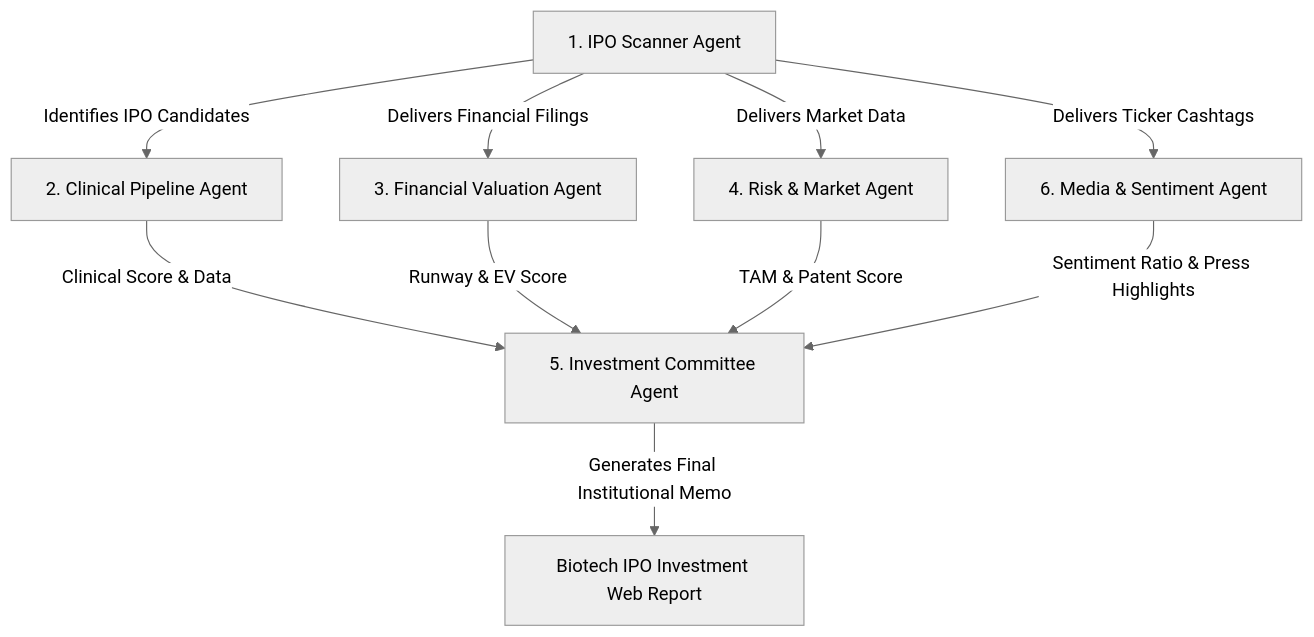
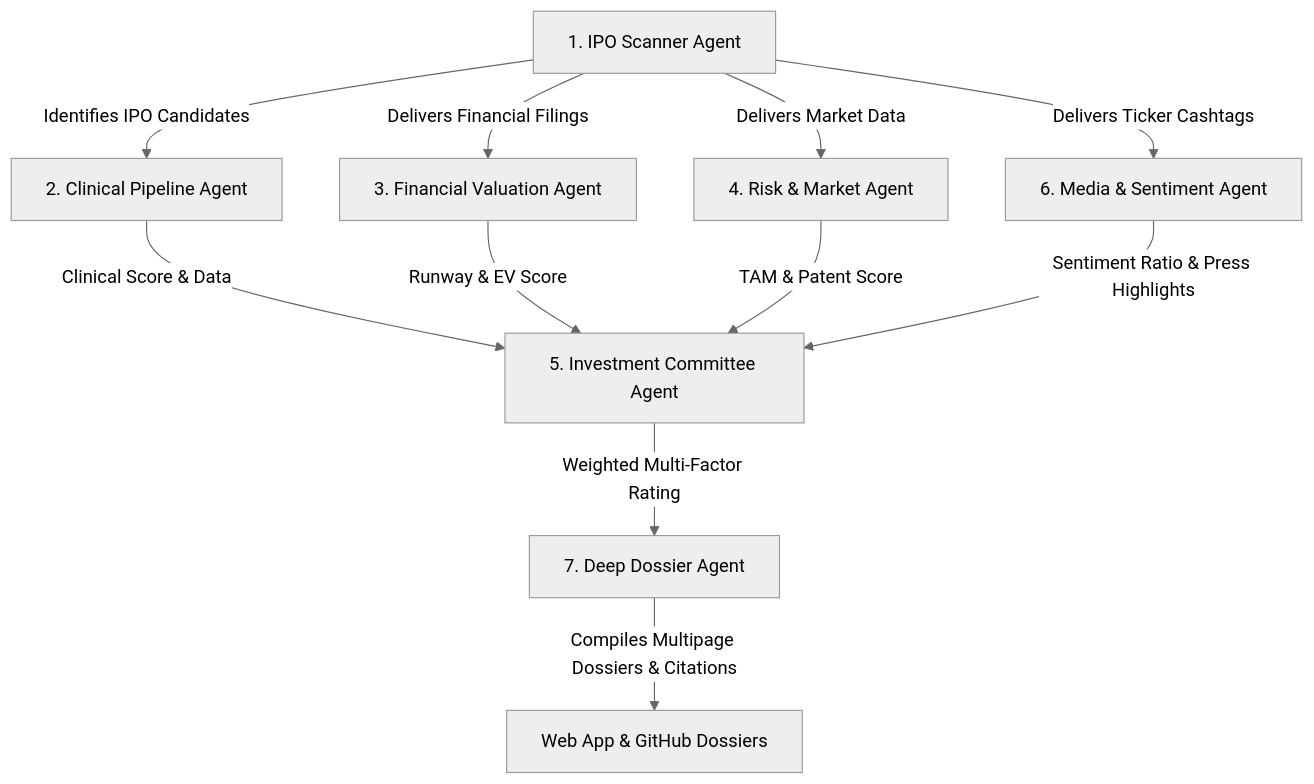
One commit to BretonsACT/IPO-Biotechnology changed the diagram in agents/README.md. Above: the diagram before and after it, drawn with Mermaid (neutral theme). The commit also changed other lines of this file and 10 other files, not shown here.

Commit message:
Add Agent #7 Deep Dossier Compiler, individual company markdown dossiers, and interactive company subnav tab view

````diff
--- a/agents/README.md
+++ b/agents/README.md
@@ -22,14 +23,15 @@
 ```mermaid
 flowchart TD
     Sub1[1. IPO Scanner Agent] -->|Identifies IPO Candidates| Sub2[2. Clinical Pipeline Agent]
     Sub1 -->|Delivers Financial Filings| Sub3[3. Financial Valuation Agent]
     Sub1 -->|Delivers Market Data| Sub4[4. Risk & Market Agent]
     Sub1 -->|Delivers Ticker Cashtags| Sub6[6. Media & Sentiment Agent]
     
     Sub2 -->|Clinical Score & Data| Synthesis[5. Investment Committee Agent]
     Sub3 -->|Runway & EV Score| Synthesis
     Sub4 -->|TAM & Patent Score| Synthesis
     Sub6 -->|Sentiment Ratio & Press Highlights| Synthesis
     
-    Synthesis -->|Generates Final Institutional Memo| FinalReport[Biotech IPO Investment Web Report]
+    Synthesis -->|Weighted Multi-Factor Rating| Sub7[7. Deep Dossier Agent]
+    Sub7 -->|Compiles Multipage Dossiers & Citations| FinalReport[Web App & GitHub Dossiers]
 ```
````
